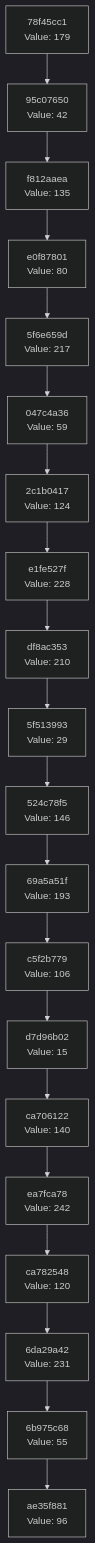
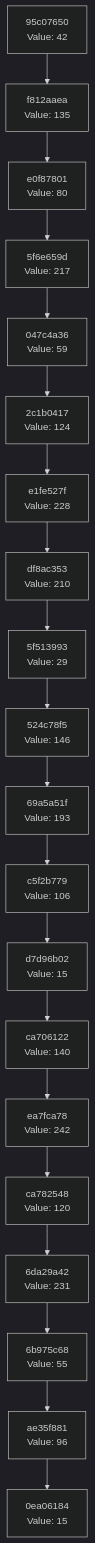
One commit to Abhisheksinha1506/hash-chain-evolver changed the diagram in docs/CHAIN_VISUALIZATION.md. Above: the diagram before and after it, drawn with Mermaid (dark theme). The commit also changed 2 other files, not shown here.

Commit message:
Evolution Step

````diff
--- a/docs/CHAIN_VISUALIZATION.md
+++ b/docs/CHAIN_VISUALIZATION.md
@@ -3,42 +3,42 @@
 ```mermaid
 graph TD
-    C0["ae35f881<br/>Value: 96"]
-    C1["6b975c68<br/>Value: 55"]
+    C0["0ea06184<br/>Value: 15"]
+    C1["ae35f881<br/>Value: 96"]
     C1 --> C0
-    C2["6da29a42<br/>Value: 231"]
+    C2["6b975c68<br/>Value: 55"]
     C2 --> C1
-    C3["ca782548<br/>Value: 120"]
+    C3["6da29a42<br/>Value: 231"]
     C3 --> C2
-    C4["ea7fca78<br/>Value: 242"]
+    C4["ca782548<br/>Value: 120"]
     C4 --> C3
-    C5["ca706122<br/>Value: 140"]
+    C5["ea7fca78<br/>Value: 242"]
     C5 --> C4
-    C6["d7d96b02<br/>Value: 15"]
+    C6["ca706122<br/>Value: 140"]
     C6 --> C5
-    C7["c5f2b779<br/>Value: 106"]
+    C7["d7d96b02<br/>Value: 15"]
     C7 --> C6
-    C8["69a5a51f<br/>Value: 193"]
+    C8["c5f2b779<br/>Value: 106"]
     C8 --> C7
-    C9["524c78f5<br/>Value: 146"]
+    C9["69a5a51f<br/>Value: 193"]
     C9 --> C8
-    C10["5f513993<br/>Value: 29"]
+    C10["524c78f5<br/>Value: 146"]
     C10 --> C9
-    C11["df8ac353<br/>Value: 210"]
+    C11["5f513993<br/>Value: 29"]
     C11 --> C10
-    C12["e1fe527f<br/>Value: 228"]
+    C12["df8ac353<br/>Value: 210"]
     C12 --> C11
-    C13["2c1b0417<br/>Value: 124"]
+    C13["e1fe527f<br/>Value: 228"]
     C13 --> C12
-    C14["047c4a36<br/>Value: 59"]
+    C14["2c1b0417<br/>Value: 124"]
     C14 --> C13
-    C15["5f6e659d<br/>Value: 217"]
+    C15["047c4a36<br/>Value: 59"]
     C15 --> C14
-    C16["e0f87801<br/>Value: 80"]
+    C16["5f6e659d<br/>Value: 217"]
     C16 --> C15
-    C17["f812aaea<br/>Value: 135"]
+    C17["e0f87801<br/>Value: 80"]
     C17 --> C16
-    C18["95c07650<br/>Value: 42"]
+    C18["f812aaea<br/>Value: 135"]
     C18 --> C17
-    C19["78f45cc1<br/>Value: 179"]
+    C19["95c07650<br/>Value: 42"]
     C19 --> C18
 ```
````
